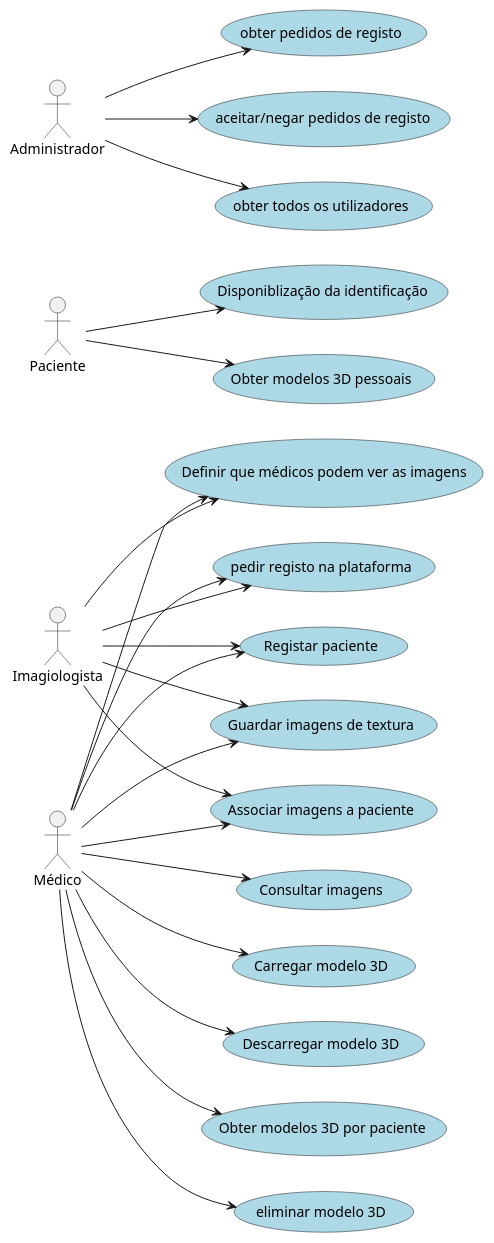
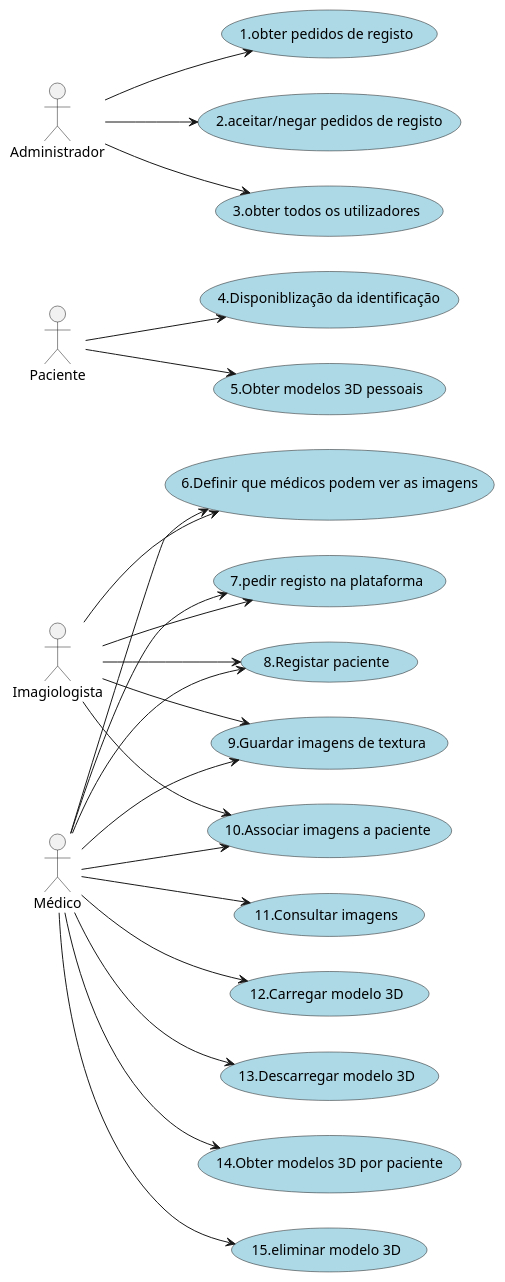
One commit to Pedro-Teixeira-1211184/least-invasive-breast-cancer-surgery changed the diagram in wiki/diagrams/use case global/UCD_global.puml. Above: the diagram before and after it, drawn with PlantUML. The commit also changed 8 other files, not shown here.

Commit message:
diagrams updates

```diff
--- a/wiki/diagrams/use case global/UCD_global.puml
+++ b/wiki/diagrams/use case global/UCD_global.puml
@@ -1,35 +1,35 @@
 @startuml
 
 left to right direction
 skinparam usecase {
 BackgroundColor LightBlue
 }
 
 actor Médico as med
 actor Paciente as pac
 actor Imagiologista as img
 actor Administrador as adm
 
-adm --> (obter pedidos de registo)
-adm --> (aceitar/negar pedidos de registo)
-adm --> (obter todos os utilizadores)
-med --> (pedir registo na plataforma)
-img --> (pedir registo na plataforma)
-med --> (Registar paciente)
-img --> (Registar paciente)
-med --> (Guardar imagens de textura)
-img --> (Guardar imagens de textura)
-med --> (Consultar imagens)
-med --> (Associar imagens a paciente)
-img --> (Associar imagens a paciente)
-med --> (Definir que médicos podem ver as imagens)
-img --> (Definir que médicos podem ver as imagens)
-pac --> (Disponiblização da identificação)
-pac --> (Obter modelos 3D pessoais)
-med --> (Carregar modelo 3D)
-med --> (Descarregar modelo 3D)
-med --> (Obter modelos 3D por paciente)
-med --> (eliminar modelo 3D)
+adm --> (1.obter pedidos de registo)
+adm --> (2.aceitar/negar pedidos de registo)
+adm --> (3.obter todos os utilizadores)
+med --> (7.pedir registo na plataforma)
+img --> (7.pedir registo na plataforma)
+med --> (8.Registar paciente)
+img --> (8.Registar paciente)
+med --> (9.Guardar imagens de textura)
+img --> (9.Guardar imagens de textura)
+med --> (11.Consultar imagens)
+med --> (10.Associar imagens a paciente)
+img --> (10.Associar imagens a paciente)
+med --> (6.Definir que médicos podem ver as imagens)
+img --> (6.Definir que médicos podem ver as imagens)
+pac --> (4.Disponiblização da identificação)
+pac --> (5.Obter modelos 3D pessoais)
+med --> (12.Carregar modelo 3D)
+med --> (13.Descarregar modelo 3D)
+med --> (14.Obter modelos 3D por paciente)
+med --> (15.eliminar modelo 3D)
 
 
 @enduml
```
